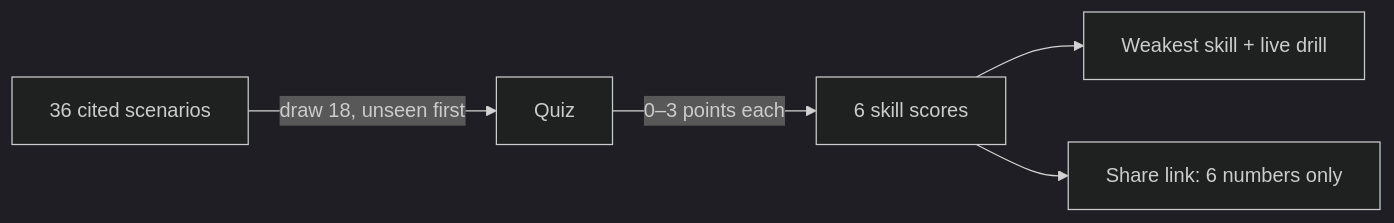
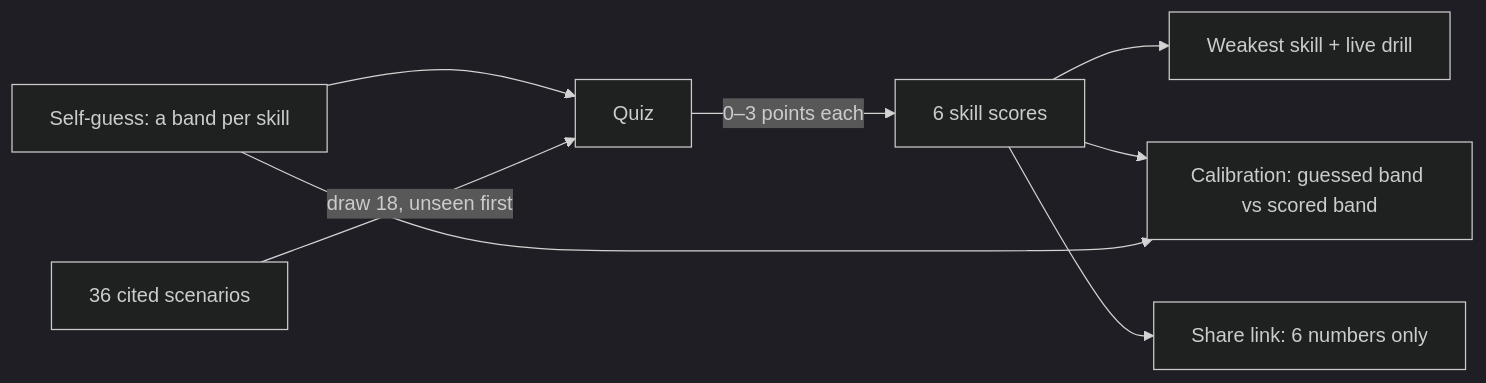
The diagram in README.md (amalmehta/HowGoodAreYourTeachingSkills), drawn with Mermaid (dark theme) before and after one commit. The commit also changed other lines of this file and 24 other files, not shown here.

First line of the commit message:
Add self-guess step, calibration view and hidden skill label

````diff
--- a/README.md
+++ b/README.md
@@ -15,7 +15,10 @@
 ```mermaid
 flowchart LR
+  G[Self-guess: a band per skill] --> B
   A[36 cited scenarios] -->|draw 18, unseen first| B[Quiz]
   B -->|0–3 points each| C[6 skill scores]
   C --> D[Weakest skill + live drill]
+  C --> F[Calibration: guessed band vs scored band]
+  G --> F
   C --> E[Share link: 6 numbers only]
 ```
````
